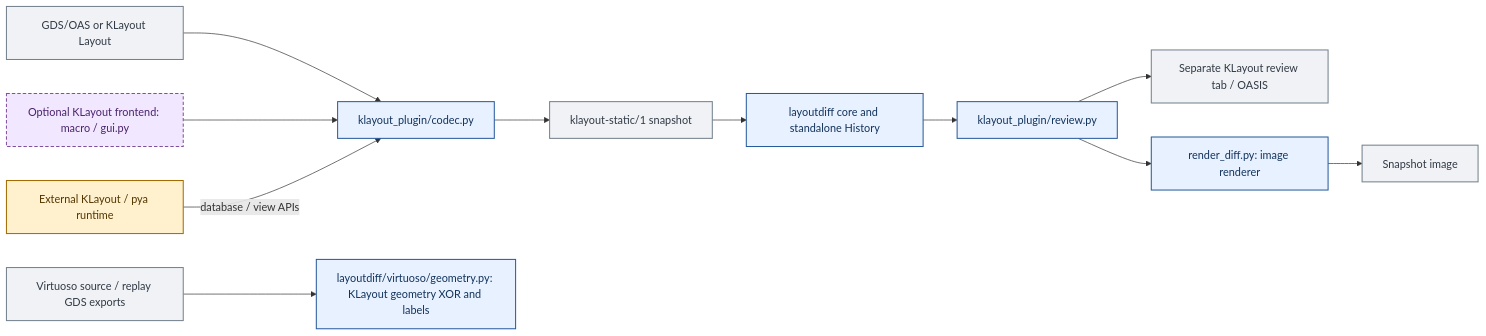
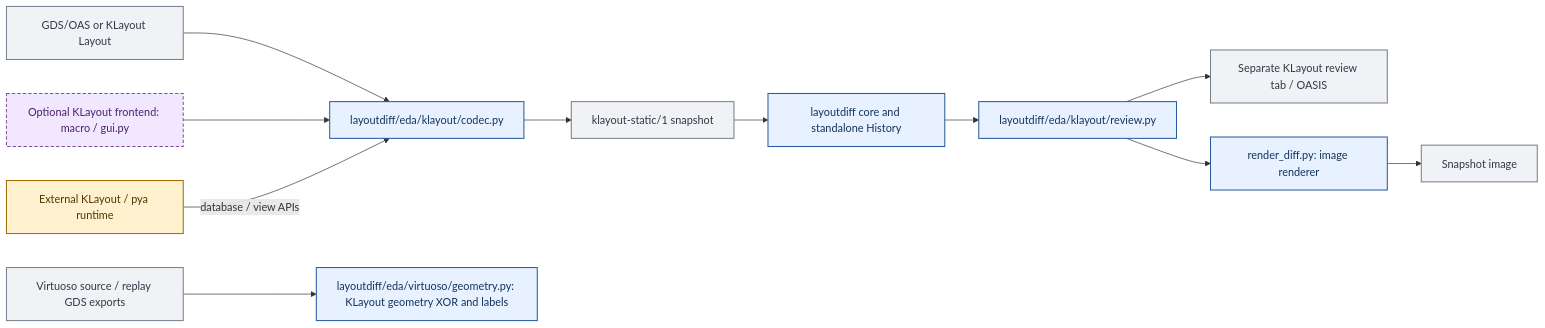
Before and after one commit to nekomona/analog-layout-diff: the third of 3 diagrams in docs/architecture/PROGRAM_STRUCTURE.md, drawn with Mermaid. The commit also changed other lines of this file and 104 other files, not shown here.

First line of the commit message:
refactor(eda): group Virtuoso and KLayout adapters

````diff
--- a/docs/architecture/PROGRAM_STRUCTURE.md
+++ b/docs/architecture/PROGRAM_STRUCTURE.md
@@ -251,21 +273,21 @@
 ```mermaid
 flowchart LR
-    INPUT["GDS/OAS or KLayout Layout"] --> CODEC["klayout_plugin/codec.py"]
+    INPUT["GDS/OAS or KLayout Layout"] --> CODEC["layoutdiff/eda/klayout/codec.py"]
     MACRO["Optional KLayout frontend: macro / gui.py"] --> CODEC
     KL["External KLayout / pya runtime"] -->|"database / view APIs"| CODEC
     CODEC --> STATIC["klayout-static/1 snapshot"]
     STATIC --> HISTORY["layoutdiff core and standalone History"]
-    HISTORY --> REVIEW["klayout_plugin/review.py"]
+    HISTORY --> REVIEW["layoutdiff/eda/klayout/review.py"]
     REVIEW --> VIEW["Separate KLayout review tab / OASIS"]
     REVIEW --> RENDER["render_diff.py: image renderer"]
     RENDER --> IMAGE["Snapshot image"]
-    EXPORT["Virtuoso source / replay GDS exports"] --> XOR["layoutdiff/virtuoso/geometry.py: KLayout geometry XOR and labels"]
+    EXPORT["Virtuoso source / replay GDS exports"] --> XOR["layoutdiff/eda/virtuoso/geometry.py: KLayout geometry XOR and labels"]
     classDef program fill:#e8f1ff,stroke:#285a9c,color:#12335b,stroke-width:1.5px
     classDef external fill:#fff0ce,stroke:#a36b00,color:#533700,stroke-width:1.5px
     classDef optional fill:#f1e7ff,stroke:#8050a0,color:#4a226b,stroke-width:1.5px,stroke-dasharray:5 3
     classDef artifact fill:#f0f2f5,stroke:#73808c,color:#303945,stroke-width:1.5px
     class CODEC,HISTORY,REVIEW,RENDER,XOR program
     class KL external
     class MACRO optional
     class INPUT,STATIC,VIEW,IMAGE,EXPORT artifact
 ```
````
